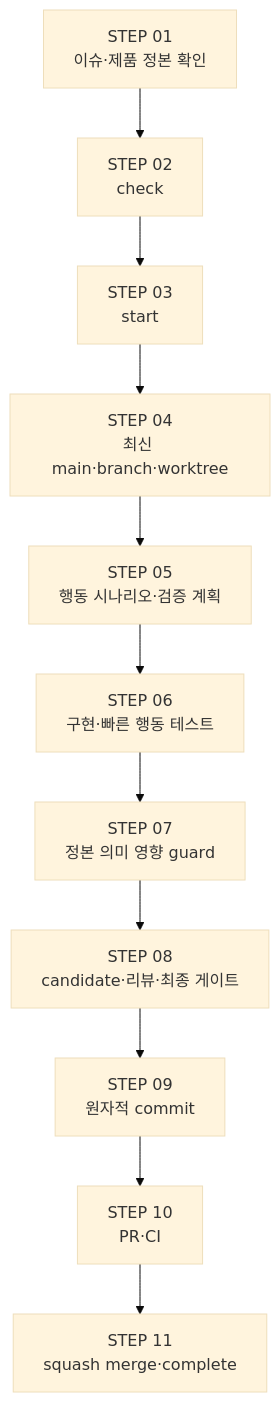
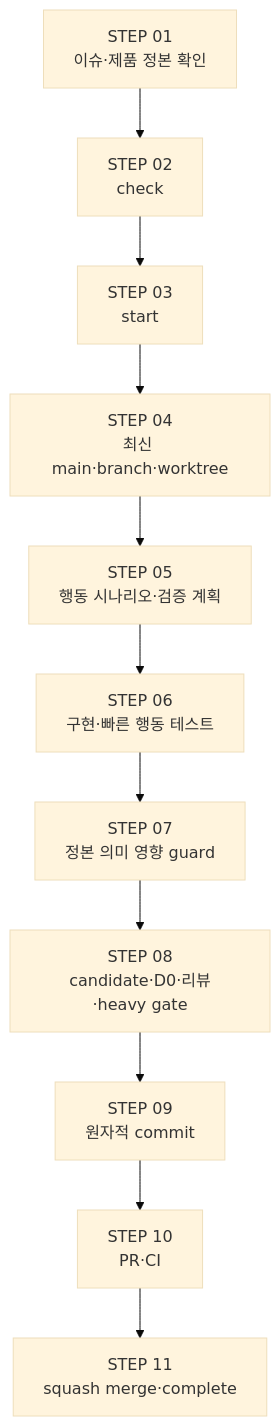
Before and after one commit to GoCalendar/LunchTime: the diagram in docs/development/01_harness_guide.md, drawn with Mermaid (base theme). The commit also changed other lines of this file and 15 other files, not shown here.

````diff
--- a/docs/development/01_harness_guide.md
+++ b/docs/development/01_harness_guide.md
@@ -10,13 +10,13 @@
 ```mermaid
 flowchart TD
     S01["STEP 01<br/>이슈·제품 정본 확인"] --> S02["STEP 02<br/>check"]
     S02 --> S03["STEP 03<br/>start"]
     S03 --> S04["STEP 04<br/>최신 main·branch·worktree"]
     S04 --> S05["STEP 05<br/>행동 시나리오·검증 계획"]
     S05 --> S06["STEP 06<br/>구현·빠른 행동 테스트"]
     S06 --> S07["STEP 07<br/>정본 의미 영향 guard"]
-    S07 --> S08["STEP 08<br/>candidate·리뷰·최종 게이트"]
+    S07 --> S08["STEP 08<br/>candidate·D0·리뷰·heavy gate"]
     S08 --> S09["STEP 09<br/>원자적 commit"]
     S09 --> S10["STEP 10<br/>PR·CI"]
     S10 --> S11["STEP 11<br/>squash merge·complete"]
 ```
````
